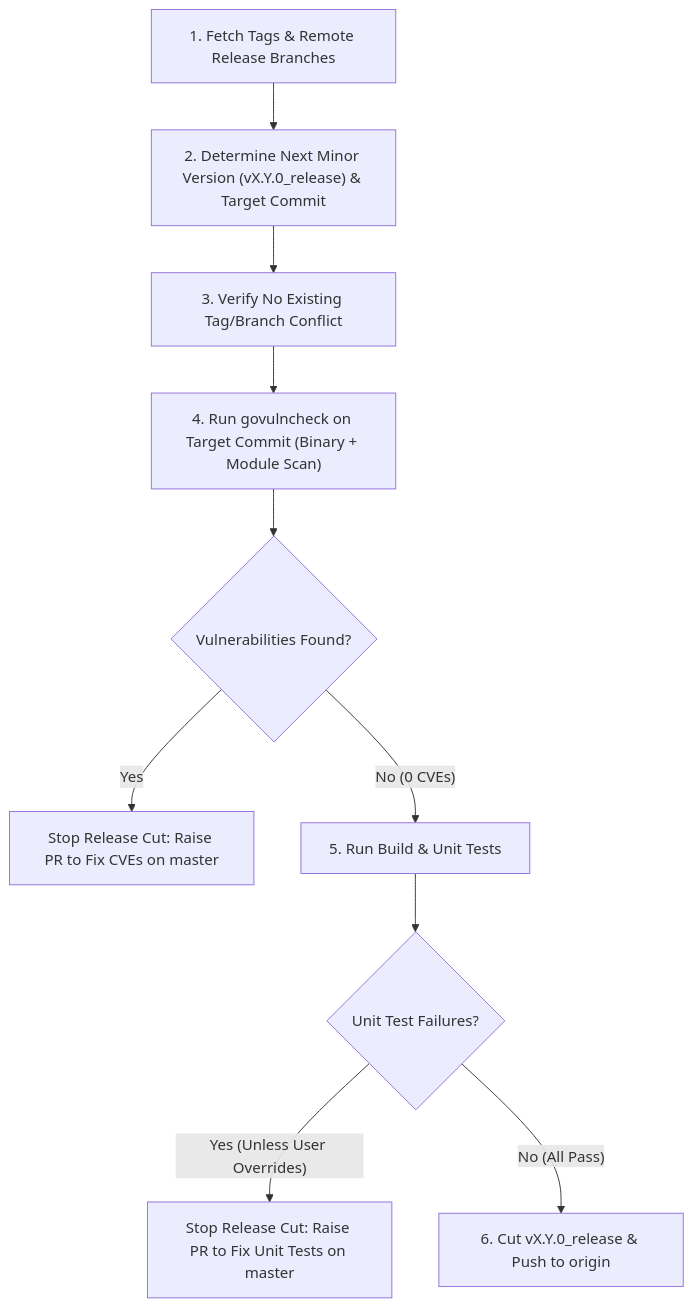
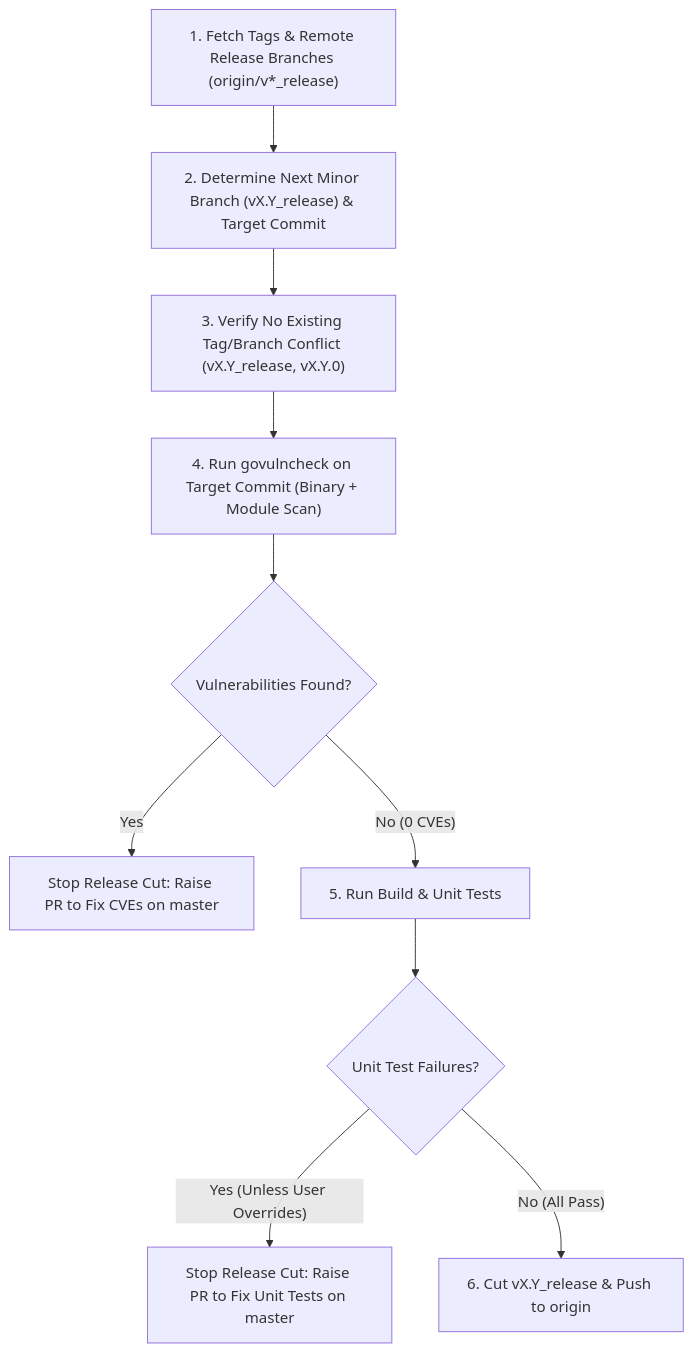
The diagram in .agents/skills/minor-release-branch/SKILL.md (GoogleCloudPlatform/gcsfuse), drawn with Mermaid before and after one commit. The commit also changed other lines of this file and 2 other files, not shown here.

First line of the commit message:
docs(skills): incorporate vX.Y_release minor branching strategy in release skills (#5247)

````diff
--- a/.agents/skills/minor-release-branch/SKILL.md
+++ b/.agents/skills/minor-release-branch/SKILL.md
@@ -19,12 +33,12 @@
 ```mermaid
 flowchart TD
-    A["1. Fetch Tags & Remote Release Branches"] --> B["2. Determine Next Minor Version (vX.Y.0_release) & Target Commit"]
-    B --> C["3. Verify No Existing Tag/Branch Conflict"]
+    A["1. Fetch Tags & Remote Release Branches (origin/v*_release)"] --> B["2. Determine Next Minor Branch (vX.Y_release) & Target Commit"]
+    B --> C["3. Verify No Existing Tag/Branch Conflict (vX.Y_release, vX.Y.0)"]
     C --> D["4. Run govulncheck on Target Commit (Binary + Module Scan)"]
     D --> E{"Vulnerabilities Found?"}
     E -- "Yes" --> F["Stop Release Cut: Raise PR to Fix CVEs on master"]
     E -- "No (0 CVEs)" --> G["5. Run Build & Unit Tests"]
     G --> H{"Unit Test Failures?"}
     H -- "Yes (Unless User Overrides)" --> I["Stop Release Cut: Raise PR to Fix Unit Tests on master"]
-    H -- "No (All Pass)" --> J["6. Cut vX.Y.0_release & Push to origin"]
+    H -- "No (All Pass)" --> J["6. Cut vX.Y_release & Push to origin"]
 ```
````
